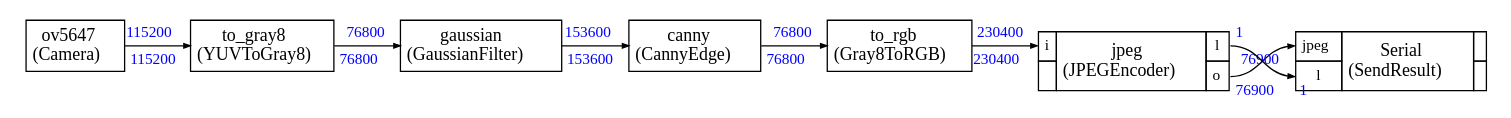
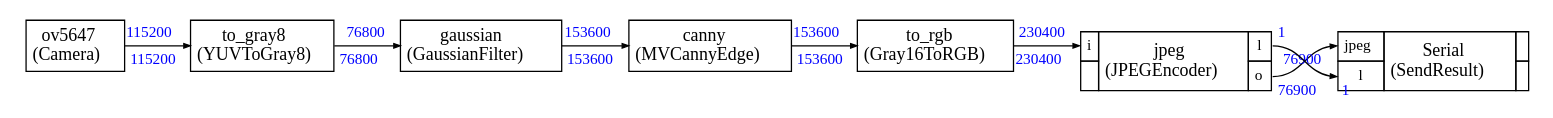
Before and after one commit to xavierbrgt/Seeed_Grove_Vision_AI_Module_V2: the diagram in EPII_CM55M_APP_S/app/scenario_app/cmsis_stream_app/pre_schedule_cv.dot, drawn with Graphviz. The commit also changed 12 other files, not shown here.

Commit message:
Added OpenMV canny edge for comparison

```diff
--- a/EPII_CM55M_APP_S/app/scenario_app/cmsis_stream_app/pre_schedule_cv.dot
+++ b/EPII_CM55M_APP_S/app/scenario_app/cmsis_stream_app/pre_schedule_cv.dot
@@ -1,125 +1,125 @@
 
 
 
 
 digraph structs {
     bgcolor = "white"
     node [shape=plaintext,color="black",fontcolor="black",fontname="Times-Roman"]
     rankdir=LR
     edge [arrowsize="0.5",color="black",fontcolor="black",fontname="Times-Roman"]
 
 
 
 ov5647 [label=<
 <TABLE color="black" bgcolor="none" BORDER="0" CELLBORDER="1" CELLSPACING="0" CELLPADDING="4">
   <TR>
     <TD ALIGN="CENTER" PORT="i"><FONT COLOR="black" POINT-SIZE="14.0">ov5647<BR/>(Camera)</FONT></TD>
   </TR>
 </TABLE>>];
 
 to_gray8 [label=<
 <TABLE color="black" bgcolor="none" BORDER="0" CELLBORDER="1" CELLSPACING="0" CELLPADDING="4">
   <TR>
     <TD ALIGN="CENTER" PORT="i"><FONT COLOR="black" POINT-SIZE="14.0">to_gray8<BR/>(YUVToGray8)</FONT></TD>
   </TR>
 </TABLE>>];
 
 gaussian [label=<
 <TABLE color="black" bgcolor="none" BORDER="0" CELLBORDER="1" CELLSPACING="0" CELLPADDING="4">
   <TR>
     <TD ALIGN="CENTER" PORT="i"><FONT COLOR="black" POINT-SIZE="14.0">gaussian<BR/>(GaussianFilter)</FONT></TD>
   </TR>
 </TABLE>>];
 
 canny [label=<
 <TABLE color="black" bgcolor="none" BORDER="0" CELLBORDER="1" CELLSPACING="0" CELLPADDING="4">
   <TR>
-    <TD ALIGN="CENTER" PORT="i"><FONT COLOR="black" POINT-SIZE="14.0">canny<BR/>(CannyEdge)</FONT></TD>
+    <TD ALIGN="CENTER" PORT="i"><FONT COLOR="black" POINT-SIZE="14.0">canny<BR/>(MVCannyEdge)</FONT></TD>
   </TR>
 </TABLE>>];
 
 to_rgb [label=<
 <TABLE color="black" bgcolor="none" BORDER="0" CELLBORDER="1" CELLSPACING="0" CELLPADDING="4">
   <TR>
-    <TD ALIGN="CENTER" PORT="i"><FONT COLOR="black" POINT-SIZE="14.0">to_rgb<BR/>(Gray8ToRGB)</FONT></TD>
+    <TD ALIGN="CENTER" PORT="i"><FONT COLOR="black" POINT-SIZE="14.0">to_rgb<BR/>(Gray16ToRGB)</FONT></TD>
   </TR>
 </TABLE>>];
 
 
 jpeg [label=<
 <TABLE color="black" bgcolor="none" BORDER="0" CELLBORDER="1" CELLSPACING="0" CELLPADDING="4">
   <TR>
     <TD PORT="i"><FONT POINT-SIZE="12.0" COLOR="black">i</FONT></TD>
     <TD ALIGN="CENTER" ROWSPAN="2"><FONT COLOR="black" POINT-SIZE="14.0">jpeg<BR/>(JPEGEncoder)</FONT></TD>
     <TD PORT="l"><FONT POINT-SIZE="12.0" COLOR="black">l</FONT></TD>
   </TR>
 <TR>
  
 <TD></TD>
 <TD PORT="o"><FONT POINT-SIZE="12.0" COLOR="black">o</FONT></TD>
 </TR>
 
 </TABLE>>];
 
 
 Serial [label=<
 <TABLE color="black" bgcolor="none" BORDER="0" CELLBORDER="1" CELLSPACING="0" CELLPADDING="4">
   <TR>
     <TD PORT="jpeg"><FONT POINT-SIZE="12.0" COLOR="black">jpeg</FONT></TD>
     <TD ALIGN="CENTER" ROWSPAN="2"><FONT COLOR="black" POINT-SIZE="14.0">Serial<BR/>(SendResult)</FONT></TD>
     <TD></TD>
   </TR>
 <TR>
 <TD PORT="l"><FONT POINT-SIZE="12.0" COLOR="black">l</FONT></TD>
 
  
 <TD></TD></TR>
 
 </TABLE>>];
 
 
 
 ov5647:i -> to_gray8:i [style="solid",color="black",label=""
 ,headlabel=<<TABLE BORDER="0" CELLPADDING="2"><TR><TD><FONT COLOR="blue" POINT-SIZE="12.0" >115200</FONT>
 </TD></TR></TABLE>>
 ,taillabel=<<TABLE BORDER="0" CELLPADDING="2"><TR><TD><FONT COLOR="blue" POINT-SIZE="12.0" >115200</FONT>
 </TD></TR></TABLE>>]
 
 to_gray8:i -> gaussian:i [style="solid",color="black",label=""
 ,headlabel=<<TABLE BORDER="0" CELLPADDING="2"><TR><TD><FONT COLOR="blue" POINT-SIZE="12.0" >76800</FONT>
 </TD></TR></TABLE>>
 ,taillabel=<<TABLE BORDER="0" CELLPADDING="2"><TR><TD><FONT COLOR="blue" POINT-SIZE="12.0" >76800</FONT>
 </TD></TR></TABLE>>]
 
 gaussian:i -> canny:i [style="solid",color="black",label=""
 ,headlabel=<<TABLE BORDER="0" CELLPADDING="2"><TR><TD><FONT COLOR="blue" POINT-SIZE="12.0" >153600</FONT>
 </TD></TR></TABLE>>
 ,taillabel=<<TABLE BORDER="0" CELLPADDING="2"><TR><TD><FONT COLOR="blue" POINT-SIZE="12.0" >153600</FONT>
 </TD></TR></TABLE>>]
 
 canny:i -> to_rgb:i [style="solid",color="black",label=""
-,headlabel=<<TABLE BORDER="0" CELLPADDING="2"><TR><TD><FONT COLOR="blue" POINT-SIZE="12.0" >76800</FONT>
+,headlabel=<<TABLE BORDER="0" CELLPADDING="2"><TR><TD><FONT COLOR="blue" POINT-SIZE="12.0" >153600</FONT>
 </TD></TR></TABLE>>
-,taillabel=<<TABLE BORDER="0" CELLPADDING="2"><TR><TD><FONT COLOR="blue" POINT-SIZE="12.0" >76800</FONT>
+,taillabel=<<TABLE BORDER="0" CELLPADDING="2"><TR><TD><FONT COLOR="blue" POINT-SIZE="12.0" >153600</FONT>
 </TD></TR></TABLE>>]
 
 to_rgb:i -> jpeg:i [style="solid",color="black",label=""
 ,headlabel=<<TABLE BORDER="0" CELLPADDING="2"><TR><TD><FONT COLOR="blue" POINT-SIZE="12.0" >230400</FONT>
 </TD></TR></TABLE>>
 ,taillabel=<<TABLE BORDER="0" CELLPADDING="2"><TR><TD><FONT COLOR="blue" POINT-SIZE="12.0" >230400</FONT>
 </TD></TR></TABLE>>]
 
 jpeg:o -> Serial:jpeg [style="solid",color="black",label=""
 ,headlabel=<<TABLE BORDER="0" CELLPADDING="2"><TR><TD><FONT COLOR="blue" POINT-SIZE="12.0" >76900</FONT>
 </TD></TR></TABLE>>
 ,taillabel=<<TABLE BORDER="0" CELLPADDING="2"><TR><TD><FONT COLOR="blue" POINT-SIZE="12.0" >76900</FONT>
 </TD></TR></TABLE>>]
 
 jpeg:l -> Serial:l [style="solid",color="black",label=""
 ,headlabel=<<TABLE BORDER="0" CELLPADDING="2"><TR><TD><FONT COLOR="blue" POINT-SIZE="12.0" >1</FONT>
 </TD></TR></TABLE>>
 ,taillabel=<<TABLE BORDER="0" CELLPADDING="2"><TR><TD><FONT COLOR="blue" POINT-SIZE="12.0" >1</FONT>
 </TD></TR></TABLE>>]
 
 
 }
```
